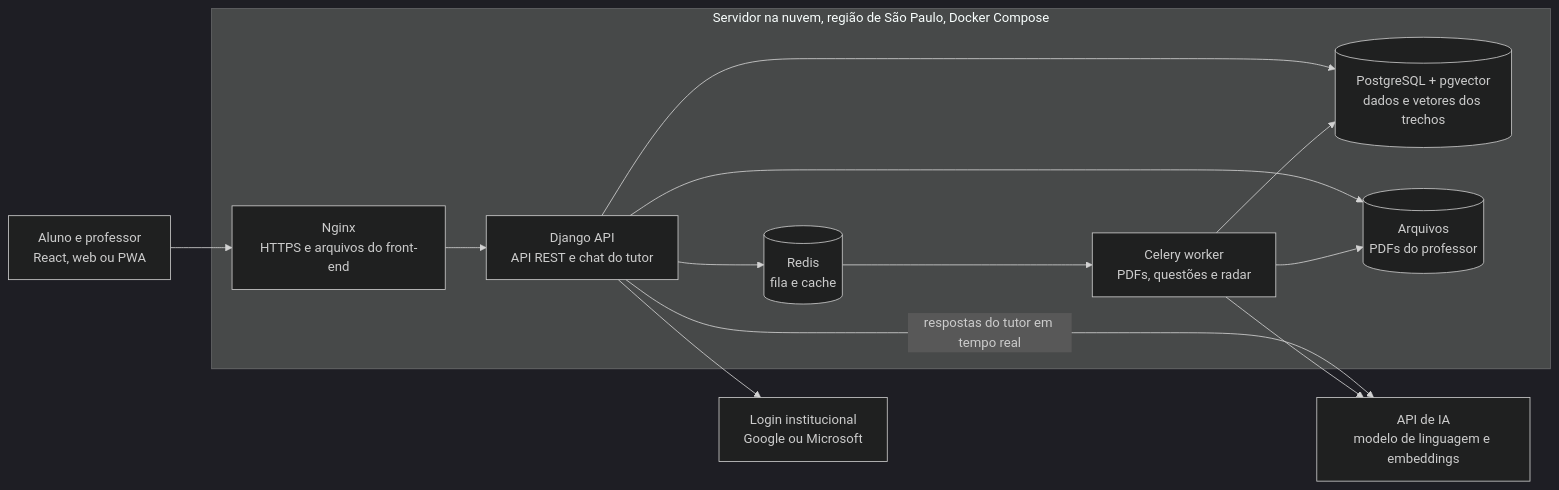
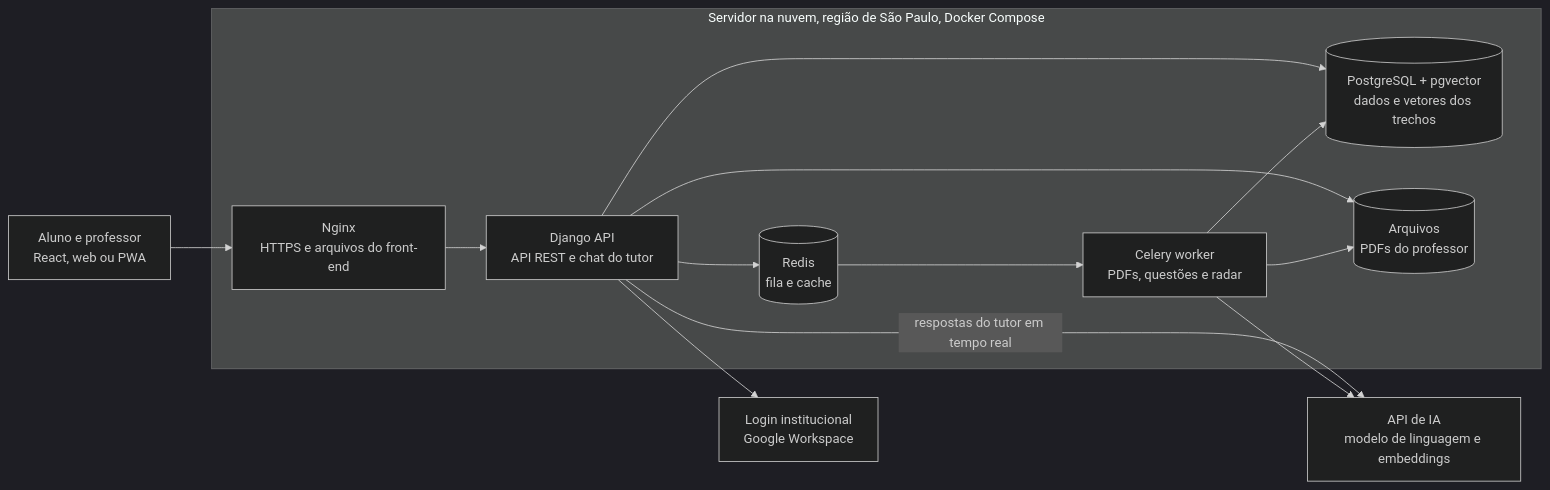
The first of 3 diagrams in docs/arquitetura.md (Chicosk1/Farol), drawn with Mermaid (dark theme) before and after one commit. The commit also changed other lines of this file and 8 other files, not shown here.

First line of the commit message:
Registra as decisões do dono do produto: login com o Google e limites confirmados

````diff
--- a/docs/arquitetura.md
+++ b/docs/arquitetura.md
@@ -9,24 +9,24 @@
 ```mermaid
 flowchart LR
     user["Aluno e professor<br/>React, web ou PWA"]
-    sso["Login institucional<br/>Google ou Microsoft"]
+    sso["Login institucional<br/>Google Workspace"]
     subgraph servidor["Servidor na nuvem, região de São Paulo, Docker Compose"]
         nginx["Nginx<br/>HTTPS e arquivos do front-end"]
         django["Django API<br/>API REST e chat do tutor"]
         redis[("Redis<br/>fila e cache")]
         celery["Celery worker<br/>PDFs, questões e radar"]
         pg[("PostgreSQL + pgvector<br/>dados e vetores dos trechos")]
         arquivos[("Arquivos<br/>PDFs do professor")]
     end
     ia["API de IA<br/>modelo de linguagem e embeddings"]
 
     user --> nginx --> django
     django --> sso
     django --> redis --> celery
     django --> pg
     celery --> pg
     django -- "respostas do tutor em tempo real" --> ia
     celery --> ia
     django --> arquivos
     celery --> arquivos
 ```
````
